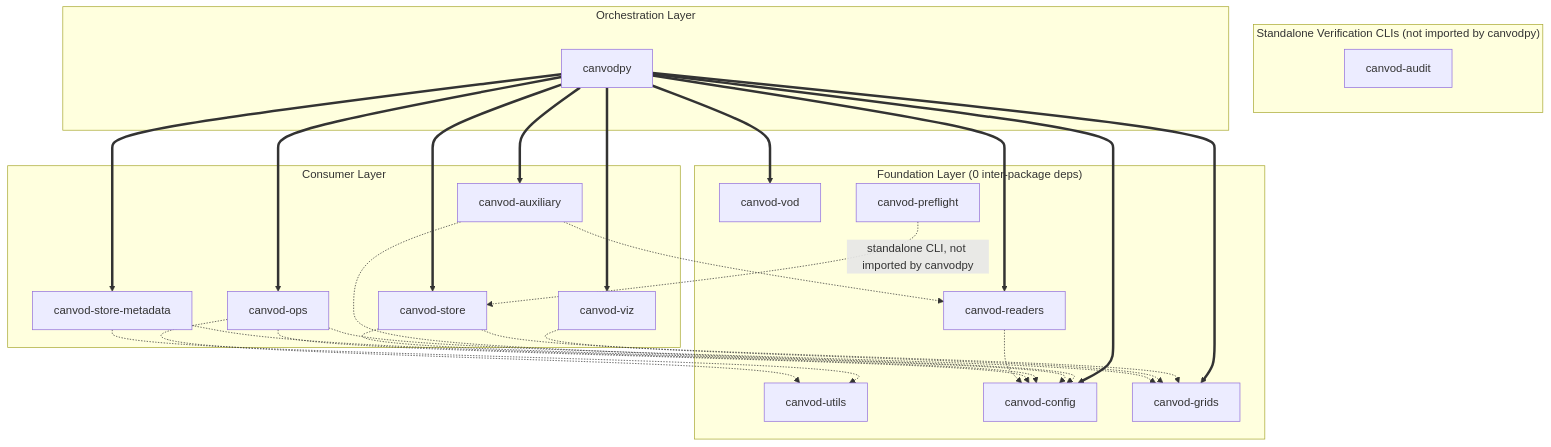
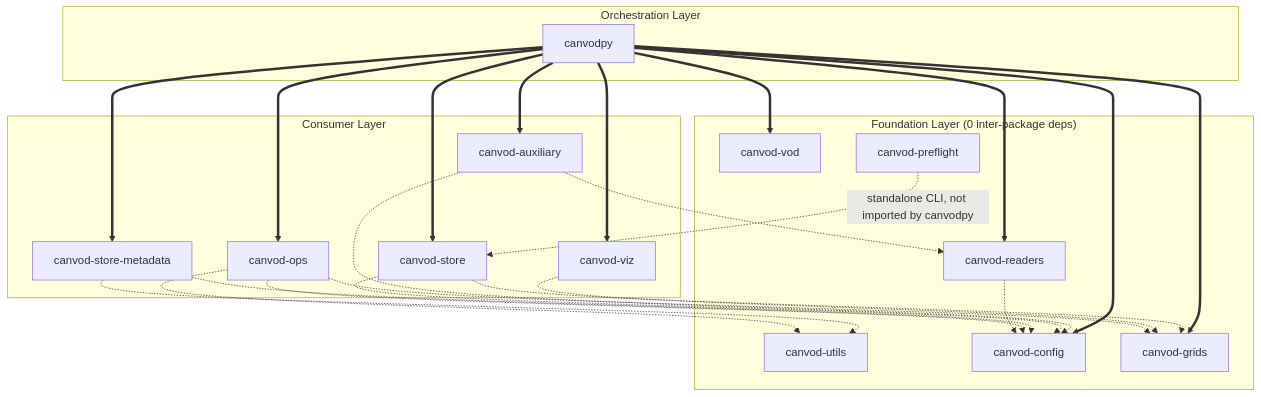
Before and after one commit to nfb2021/canvodpy: the diagram in docs/diagrams/03-dependencies.mmd, drawn with Mermaid. The commit also changed 84 other files, not shown here.

```diff
--- a/docs/diagrams/03-dependencies.mmd
+++ b/docs/diagrams/03-dependencies.mmd
@@ -1,48 +1,44 @@
 graph TD
     subgraph Foundation["Foundation Layer (0 inter-package deps)"]
         Utils["canvod-utils"]
         Config["canvod-config"]
         Readers["canvod-readers"]
         Grids["canvod-grids"]
         VOD["canvod-vod"]
         NAMING["canvod-preflight"]
     end
 
     subgraph Consumers["Consumer Layer"]
         Aux["canvod-auxiliary"]
         Store["canvod-store"]
         StoreMeta["canvod-store-metadata"]
         Viz["canvod-viz"]
         OPS["canvod-ops"]
-    end
-
-    subgraph Standalone["Standalone Verification CLIs (not imported by canvodpy)"]
-        Audit["canvod-audit"]
     end
 
     subgraph Orchestration["Orchestration Layer"]
         Canvodpy["canvodpy"]
     end
 
     Canvodpy ==> Readers
     Canvodpy ==> Aux
     Canvodpy ==> Store
     Canvodpy ==> VOD
     Canvodpy ==> Grids
     Canvodpy ==> Viz
     Canvodpy ==> OPS
     Canvodpy ==> StoreMeta
     Canvodpy ==> Config
 
     Aux -.-> Readers
     Aux -.-> Config
     Store -.-> Grids
     Store -.-> Config
     StoreMeta -.-> Utils
     StoreMeta -.-> Config
     Viz -.-> Grids
     OPS -.-> Grids
     OPS -.-> Utils
     OPS -.-> Config
     Readers -.-> Config
     NAMING -.->|standalone CLI, not imported by canvodpy| Store
```
